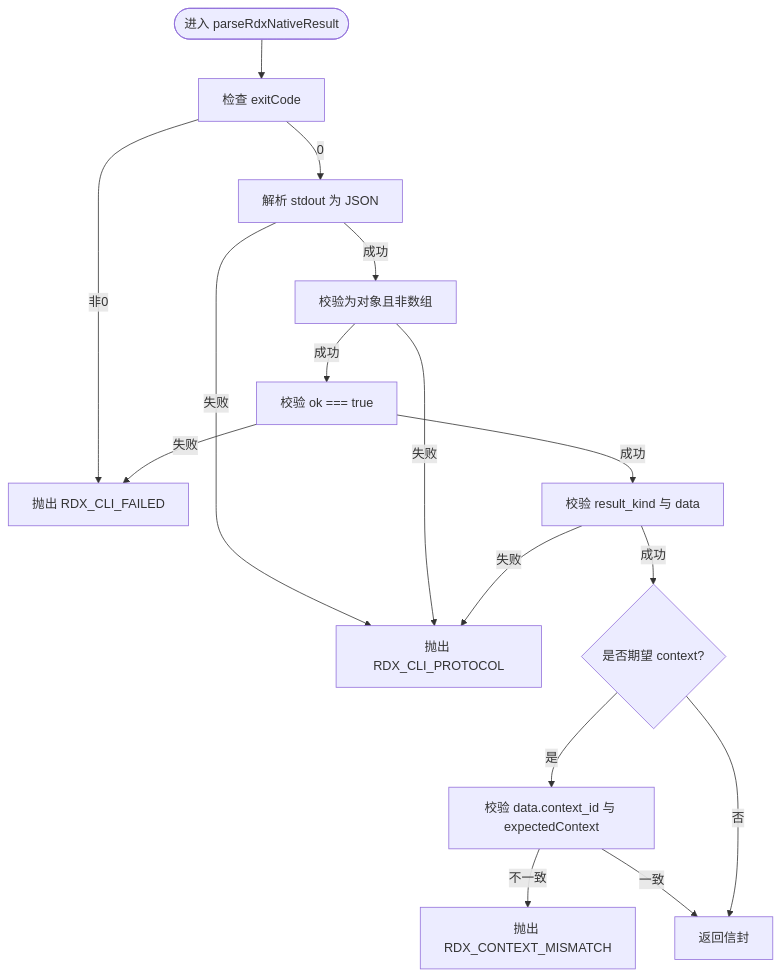
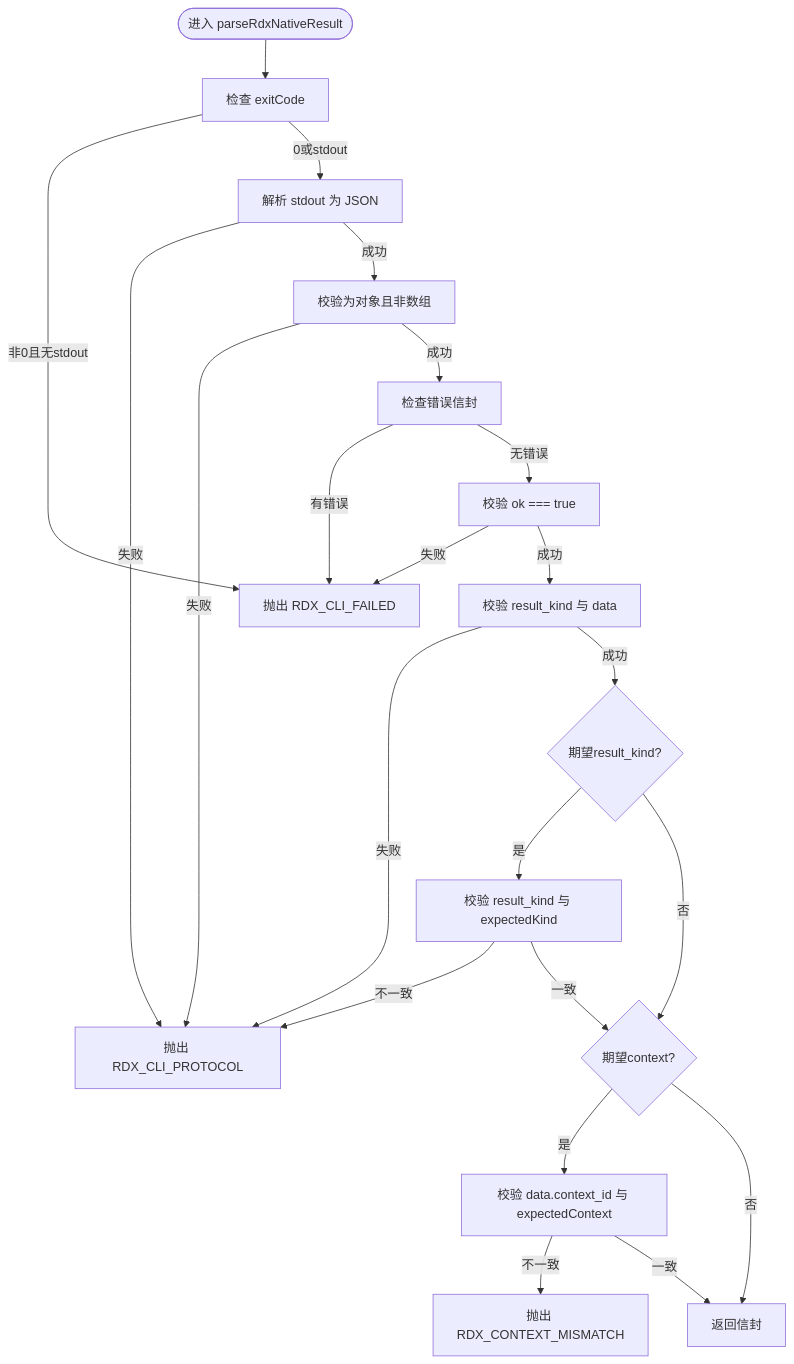
The third of 5 diagrams in .qoder/repowiki/zh/content/架构设计/核心组件设计/CLI调用器设计/原生协议定义.md (haolange/RDC-Agent), drawn with Mermaid before and after one commit. The commit also changed other lines of this file and 221 other files, not shown here.

````diff
--- a/.qoder/repowiki/zh/content/架构设计/核心组件设计/CLI调用器设计/原生协议定义.md
+++ b/.qoder/repowiki/zh/content/架构设计/核心组件设计/CLI调用器设计/原生协议定义.md
@@ -137,18 +170,24 @@
 ```mermaid
 flowchart TD
 Start(["进入 parseRdxNativeResult"]) --> CheckExit["检查 exitCode"]
-CheckExit --> |非0| ThrowFailed["抛出 RDX_CLI_FAILED"]
-CheckExit --> |0| ParseJSON["解析 stdout 为 JSON"]
+CheckExit --> |非0且无stdout| ThrowFailed["抛出 RDX_CLI_FAILED"]
+CheckExit --> |0或stdout| ParseJSON["解析 stdout 为 JSON"]
 ParseJSON --> |失败| ThrowProto["抛出 RDX_CLI_PROTOCOL"]
 ParseJSON --> |成功| ValidateObj["校验为对象且非数组"]
 ValidateObj --> |失败| ThrowProto
-ValidateObj --> |成功| CheckOk["校验 ok === true"]
+ValidateObj --> |成功| CheckErrorEnvelope["检查错误信封"]
+CheckErrorEnvelope --> |有错误| ThrowFailed
+CheckErrorEnvelope --> |无错误| CheckOk["校验 ok === true"]
 CheckOk --> |失败| ThrowFailed
 CheckOk --> |成功| CheckKindData["校验 result_kind 与 data"]
 CheckKindData --> |失败| ThrowProto
-CheckKindData --> |成功| CheckCtx{"是否期望 context?"}
+CheckKindData --> |成功| CheckExpectedKind{"期望result_kind?"}
+CheckExpectedKind --> |是| VerifyKind["校验 result_kind 与 expectedKind"]
+VerifyKind --> |不一致| ThrowProto
+VerifyKind --> |一致| CheckCtx{"期望context?"}
+CheckExpectedKind --> |否| CheckCtx
 CheckCtx --> |是| VerifyCtx["校验 data.context_id 与 expectedContext"]
 VerifyCtx --> |不一致| ThrowCtx["抛出 RDX_CONTEXT_MISMATCH"]
 VerifyCtx --> |一致| Return["返回信封"]
 CheckCtx --> |否| Return
 ```
````
